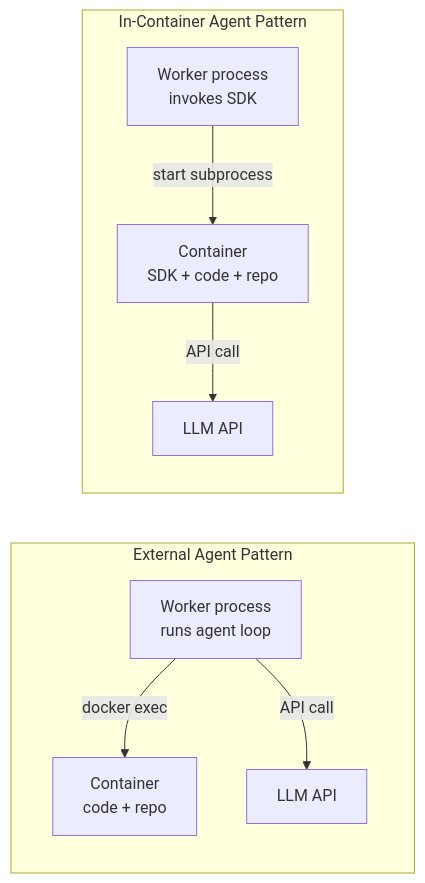
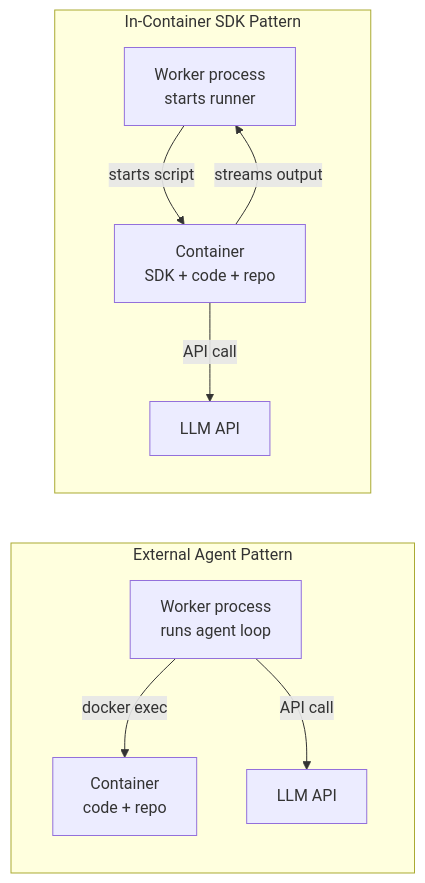
Before and after one commit to youngchingjui/issue-to-pr: the third of 3 diagrams in docs/dev/multi-model-support.md, drawn with Mermaid. The commit also changed other lines of this file and 8 other files, not shown here.

First line of the commit message:
Enhance documentation for Claude Agent SDK and container lifecycle

````diff
--- a/docs/dev/multi-model-support.md
+++ b/docs/dev/multi-model-support.md
@@ -141,12 +144,13 @@
 ```mermaid
 flowchart LR
     subgraph External["External Agent Pattern"]
         W1[Worker process<br/>runs agent loop] -->|docker exec| C1[Container<br/>code + repo]
         W1 -->|API call| LLM1[LLM API]
     end
 
-    subgraph InContainer["In-Container Agent Pattern"]
-        W2[Worker process<br/>invokes SDK] -->|start subprocess| C2[Container<br/>SDK + code + repo]
+    subgraph InContainer["In-Container SDK Pattern"]
+        W2[Worker process<br/>starts runner] -->|starts script| C2[Container<br/>SDK + code + repo]
         C2 -->|API call| LLM2[LLM API]
+        C2 -->|streams output| W2
     end
 ```
````
